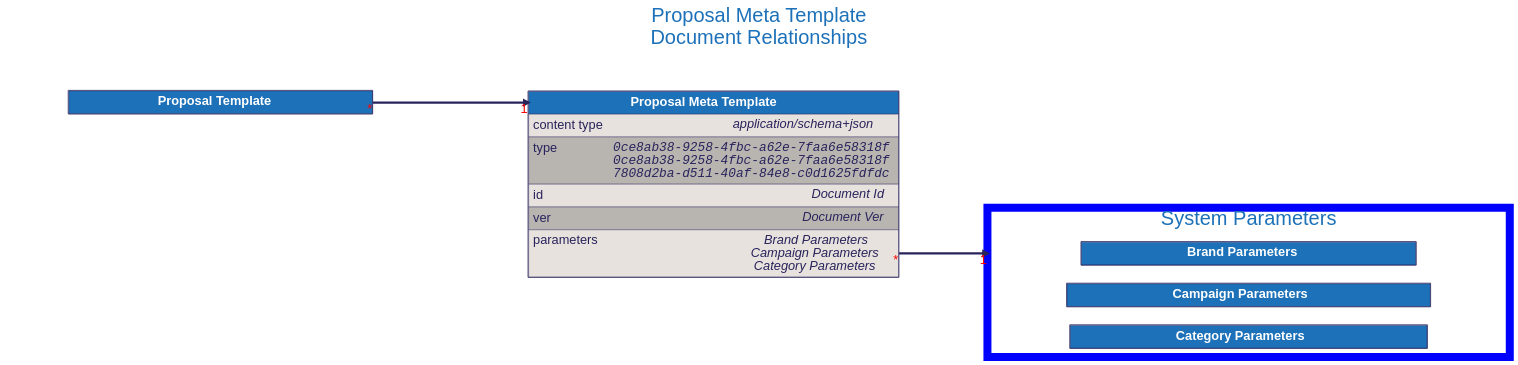
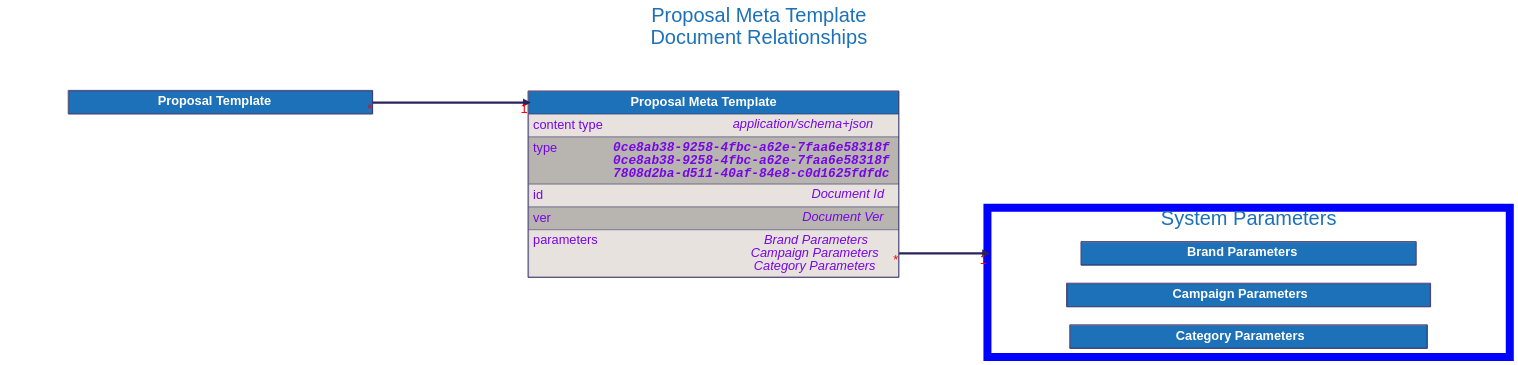
One commit to input-output-hk/catalyst-libs changed the diagram in docs/src/architecture/08_concepts/signed_doc/diagrams/proposal_meta_template.dot. Above: the diagram before and after it, drawn with Graphviz. The commit also changed 15 other files, not shown here.

```diff
--- a/docs/src/architecture/08_concepts/signed_doc/diagrams/proposal_meta_template.dot
+++ b/docs/src/architecture/08_concepts/signed_doc/diagrams/proposal_meta_template.dot
@@ -1,149 +1,149 @@
 digraph "Proposal Meta Template" {
     rankdir="LR"
     graph [fontname="helvetica", fontsize="32", fontcolor="#29235c", bgcolor="white"];
     node [penwidth="0", margin="0", fontname="helvetica", fontsize="32", fontcolor="#29235c"];
     edge [fontname="helvetica", fontsize="32", fontcolor="red", color="#29235c"];
 
     labelloc="t"
     label="Proposal Meta Template
 Document Relationships"
     fontcolor="#1d71b8"
     fontsize=50
     compound=true
 
 
 
     subgraph cluster_system_parameters {
         label = "System Parameters";
         color=blue
         penwidth=20
 
         "Brand Parameters" [
             id="Brand Parameters";
             label=<
                 <TABLE BORDER="2" COLOR="#29235c" CELLBORDER="1" CELLSPACING="0" CELLPADDING="10">
                 <TR>
                     <TD PORT="title" BGCOLOR="#1d71b8" HREF="../brand_parameters/">
                         <FONT COLOR="#ffffff"><B> Brand Parameters </B></FONT>
                     </TD>
                 </TR>
 
                 </TABLE>
             >
         ];
 
 
         "Campaign Parameters" [
             id="Campaign Parameters";
             label=<
                 <TABLE BORDER="2" COLOR="#29235c" CELLBORDER="1" CELLSPACING="0" CELLPADDING="10">
                 <TR>
                     <TD PORT="title" BGCOLOR="#1d71b8" HREF="../campaign_parameters/">
                         <FONT COLOR="#ffffff"><B> Campaign Parameters </B></FONT>
                     </TD>
                 </TR>
 
                 </TABLE>
             >
         ];
 
 
         "Category Parameters" [
             id="Category Parameters";
             label=<
                 <TABLE BORDER="2" COLOR="#29235c" CELLBORDER="1" CELLSPACING="0" CELLPADDING="10">
                 <TR>
                     <TD PORT="title" BGCOLOR="#1d71b8" HREF="../category_parameters/">
                         <FONT COLOR="#ffffff"><B> Category Parameters </B></FONT>
                     </TD>
                 </TR>
 
                 </TABLE>
             >
         ];
 
     }
 
     "Proposal Meta Template" [
         id="Proposal Meta Template";
         label=<
             <TABLE BORDER="2" COLOR="#29235c" CELLBORDER="1" CELLSPACING="0" CELLPADDING="10">
             <TR>
                 <TD PORT="title" BGCOLOR="#1d71b8" HREF="../proposal_meta_template/">
                     <FONT COLOR="#ffffff"><B> Proposal Meta Template </B></FONT>
                 </TD>
             </TR>
             <TR>
                 <TD ALIGN="LEFT" PORT="content type" BGCOLOR="#e7e2dd">
                     <TABLE CELLPADDING="0" CELLSPACING="0" BORDER="0">
                         <TR>
-                            <TD ALIGN="LEFT" VALIGN="TOP" WIDTH="200"><FONT>content type</FONT></TD>
-                            <TD ALIGN="RIGHT"><FONT><I>application/schema+json</I></FONT></TD>
+                            <TD ALIGN="LEFT" VALIGN="TOP" WIDTH="200"><FONT COLOR="#7706E5">content type</FONT></TD>
+                            <TD ALIGN="RIGHT"><FONT COLOR="#7706E5"><I>application/schema+json</I></FONT></TD>
                         </TR>
                     </TABLE>
                 </TD>
             </TR>
             <TR>
                 <TD ALIGN="LEFT" PORT="type" BGCOLOR="#b8b5b0">
                     <TABLE CELLPADDING="0" CELLSPACING="0" BORDER="0">
                         <TR>
-                            <TD ALIGN="LEFT" VALIGN="TOP" WIDTH="200"><FONT>type</FONT></TD>
-                            <TD ALIGN="RIGHT"><FONT FACE="Courier"><I>0ce8ab38-9258-4fbc-a62e-7faa6e58318f<BR />0ce8ab38-9258-4fbc-a62e-7faa6e58318f<BR />7808d2ba-d511-40af-84e8-c0d1625fdfdc</I></FONT></TD>
+                            <TD ALIGN="LEFT" VALIGN="TOP" WIDTH="200"><FONT COLOR="#7706E5">type</FONT></TD>
+                            <TD ALIGN="RIGHT"><FONT FACE="Courier" COLOR="#7706E5"><B><I>0ce8ab38-9258-4fbc-a62e-7faa6e58318f<BR />0ce8ab38-9258-4fbc-a62e-7faa6e58318f<BR />7808d2ba-d511-40af-84e8-c0d1625fdfdc</I></B></FONT></TD>
                         </TR>
                     </TABLE>
                 </TD>
             </TR>
             <TR>
                 <TD ALIGN="LEFT" PORT="id" BGCOLOR="#e7e2dd">
                     <TABLE CELLPADDING="0" CELLSPACING="0" BORDER="0">
                         <TR>
-                            <TD ALIGN="LEFT" VALIGN="TOP" WIDTH="200"><FONT>id</FONT></TD>
-                            <TD ALIGN="RIGHT"><FONT><I>Document Id</I></FONT></TD>
+                            <TD ALIGN="LEFT" VALIGN="TOP" WIDTH="200"><FONT COLOR="#7706E5">id</FONT></TD>
+                            <TD ALIGN="RIGHT"><FONT COLOR="#7706E5"><I>Document Id</I></FONT></TD>
                         </TR>
                     </TABLE>
                 </TD>
             </TR>
             <TR>
                 <TD ALIGN="LEFT" PORT="ver" BGCOLOR="#b8b5b0">
                     <TABLE CELLPADDING="0" CELLSPACING="0" BORDER="0">
                         <TR>
-                            <TD ALIGN="LEFT" VALIGN="TOP" WIDTH="200"><FONT>ver</FONT></TD>
-                            <TD ALIGN="RIGHT"><FONT><I>Document Ver</I></FONT></TD>
+                            <TD ALIGN="LEFT" VALIGN="TOP" WIDTH="200"><FONT COLOR="#7706E5">ver</FONT></TD>
+                            <TD ALIGN="RIGHT"><FONT COLOR="#7706E5"><I>Document Ver</I></FONT></TD>
                         </TR>
                     </TABLE>
                 </TD>
             </TR>
             <TR>
                 <TD ALIGN="LEFT" PORT="parameters" BGCOLOR="#e7e2dd">
                     <TABLE CELLPADDING="0" CELLSPACING="0" BORDER="0">
                         <TR>
-                            <TD ALIGN="LEFT" VALIGN="TOP" WIDTH="200"><FONT>parameters</FONT></TD>
-                            <TD ALIGN="RIGHT"><FONT><I>Brand Parameters<BR />Campaign Parameters<BR />Category Parameters</I></FONT></TD>
+                            <TD ALIGN="LEFT" VALIGN="TOP" WIDTH="200"><FONT COLOR="#7706E5">parameters</FONT></TD>
+                            <TD ALIGN="RIGHT"><FONT COLOR="#7706E5"><I>Brand Parameters<BR />Campaign Parameters<BR />Category Parameters</I></FONT></TD>
                         </TR>
                     </TABLE>
                 </TD>
             </TR>
 
             </TABLE>
         >
     ];
 
 
     "Proposal Template" [
         id="Proposal Template";
         label=<
             <TABLE BORDER="2" COLOR="#29235c" CELLBORDER="1" CELLSPACING="0" CELLPADDING="10">
             <TR>
                 <TD PORT="title" BGCOLOR="#1d71b8" HREF="../proposal_template/">
                     <FONT COLOR="#ffffff"><B> Proposal Template </B></FONT>
                 </TD>
             </TR>
 
             </TABLE>
         >
     ];
 
 
     "Proposal Meta Template":"parameters":e -> "Brand Parameters" [dir=forward, penwidth=6, color="#29235c", headlabel="1", taillabel="*", lhead="cluster_system_parameters"]
     "Proposal Template":"title":e -> "Proposal Meta Template":"title":w [dir=forward, penwidth=6, color="#29235c", headlabel="1", taillabel="*"]
 }
```
